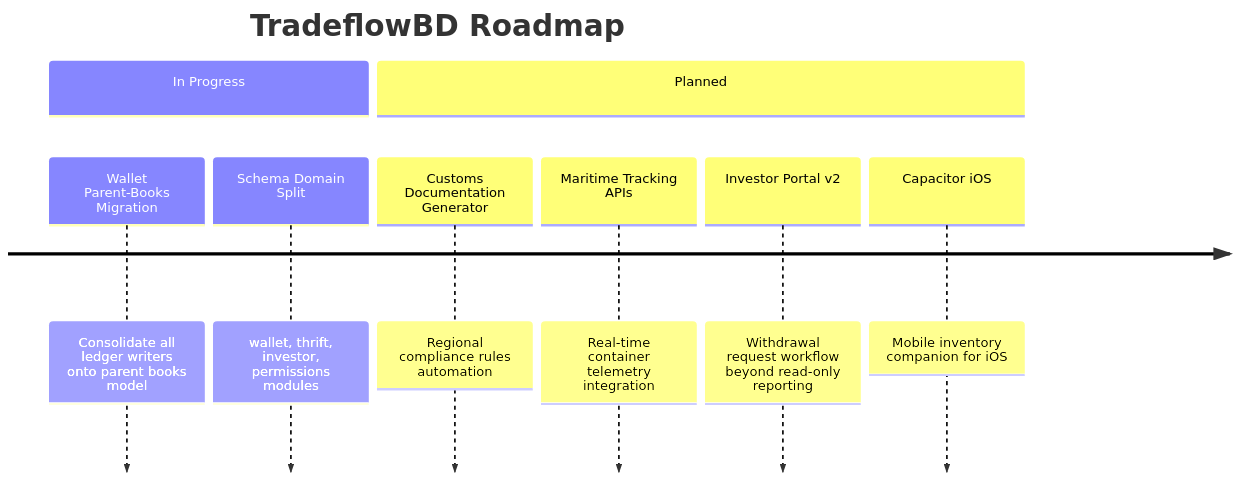
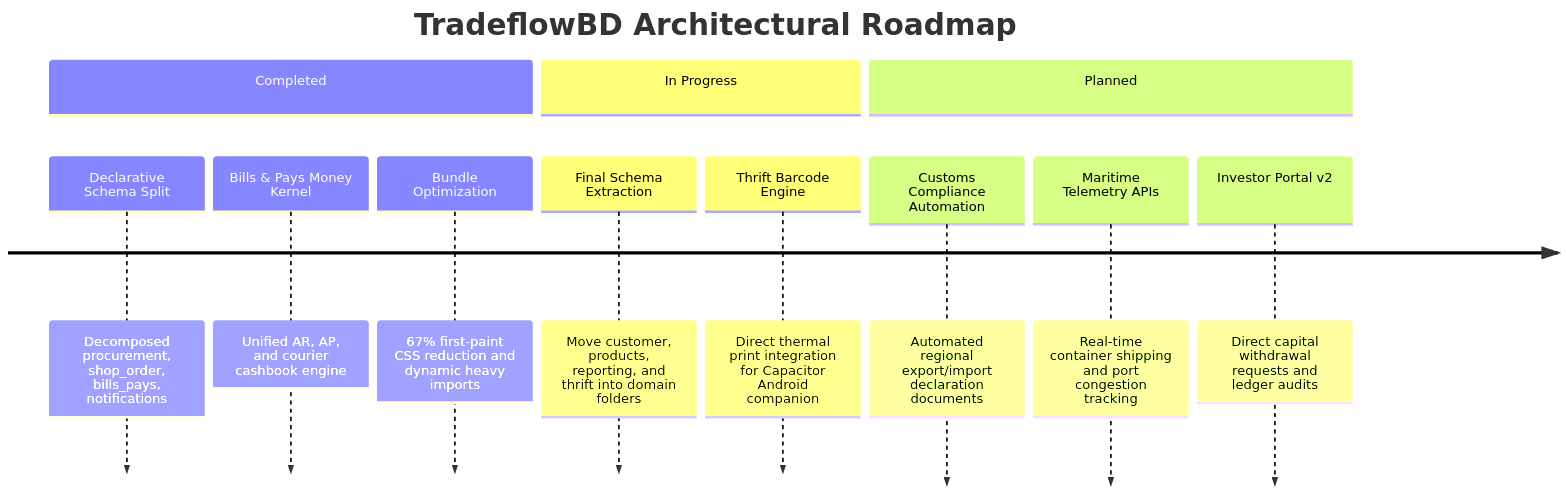
One commit to marceldavidbaroi/portfolio-astro changed the tenth of 10 diagrams in src/content/projects/01-tradeflowbd.md. Above: the diagram before and after it, drawn with Mermaid. The commit also changed other lines of this file and 90 other files, not shown here.

````diff
--- a/src/content/projects/01-tradeflowbd.md
+++ b/src/content/projects/01-tradeflowbd.md
@@ -762,12 +627,15 @@
 ```mermaid
 timeline
-    title TradeflowBD Roadmap
+    title TradeflowBD Architectural Roadmap
+    section Completed
+        Declarative Schema Split : Decomposed procurement, shop_order, bills_pays, notifications
+        Bills & Pays Money Kernel : Unified AR, AP, and courier cashbook engine
+        Bundle Optimization : 67% first-paint CSS reduction and dynamic heavy imports
     section In Progress
-        Wallet Parent-Books Migration : Consolidate all ledger writers onto parent books model
-        Schema Domain Split : wallet, thrift, investor, permissions modules
+        Final Schema Extraction : Move customer, products, reporting, and thrift into domain folders
+        Thrift Barcode Engine : Direct thermal print integration for Capacitor Android companion
     section Planned
-        Customs Documentation Generator : Regional compliance rules automation
-        Maritime Tracking APIs : Real-time container telemetry integration
-        Investor Portal v2 : Withdrawal request workflow beyond read-only reporting
-        Capacitor iOS : Mobile inventory companion for iOS
+        Customs Compliance Automation : Automated regional export/import declaration documents
+        Maritime Telemetry APIs : Real-time container shipping and port congestion tracking
+        Investor Portal v2 : Direct capital withdrawal requests and ledger audits
 ```
````
